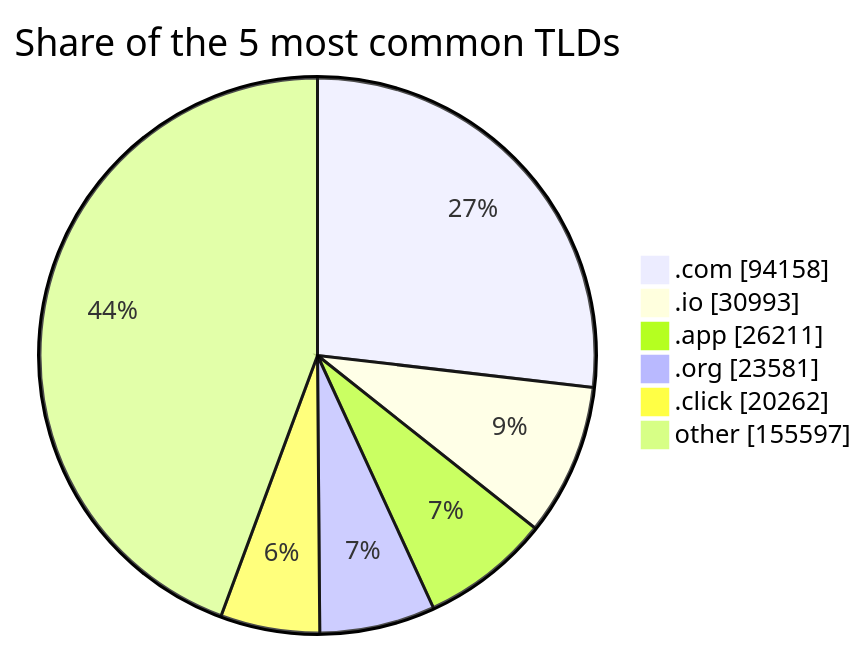
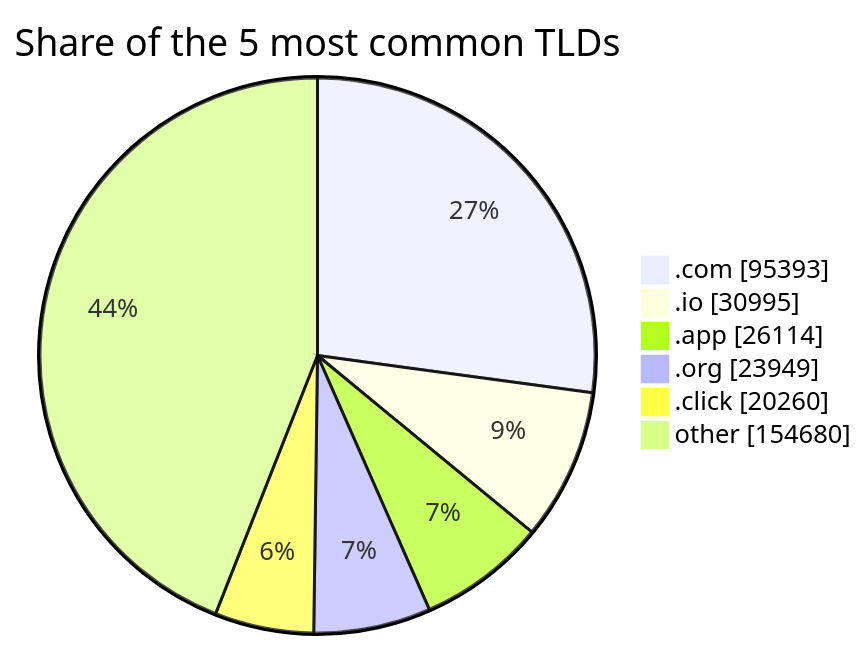
Before and after one commit to DNSBunker/CTI: the third of 3 diagrams in README.md, drawn with Mermaid. The commit also changed other lines of this file and 3 other files, not shown here.

````diff
--- a/README.md
+++ b/README.md
@@ -81,9 +81,9 @@
 ```mermaid
 pie showData title Share of the 5 most common TLDs
-    ".com" : 94158
-    ".io" : 30993
-    ".app" : 26211
-    ".org" : 23581
-    ".click" : 20262
-    "other" : 155597
+    ".com" : 95393
+    ".io" : 30995
+    ".app" : 26114
+    ".org" : 23949
+    ".click" : 20260
+    "other" : 154680
 ```
````
